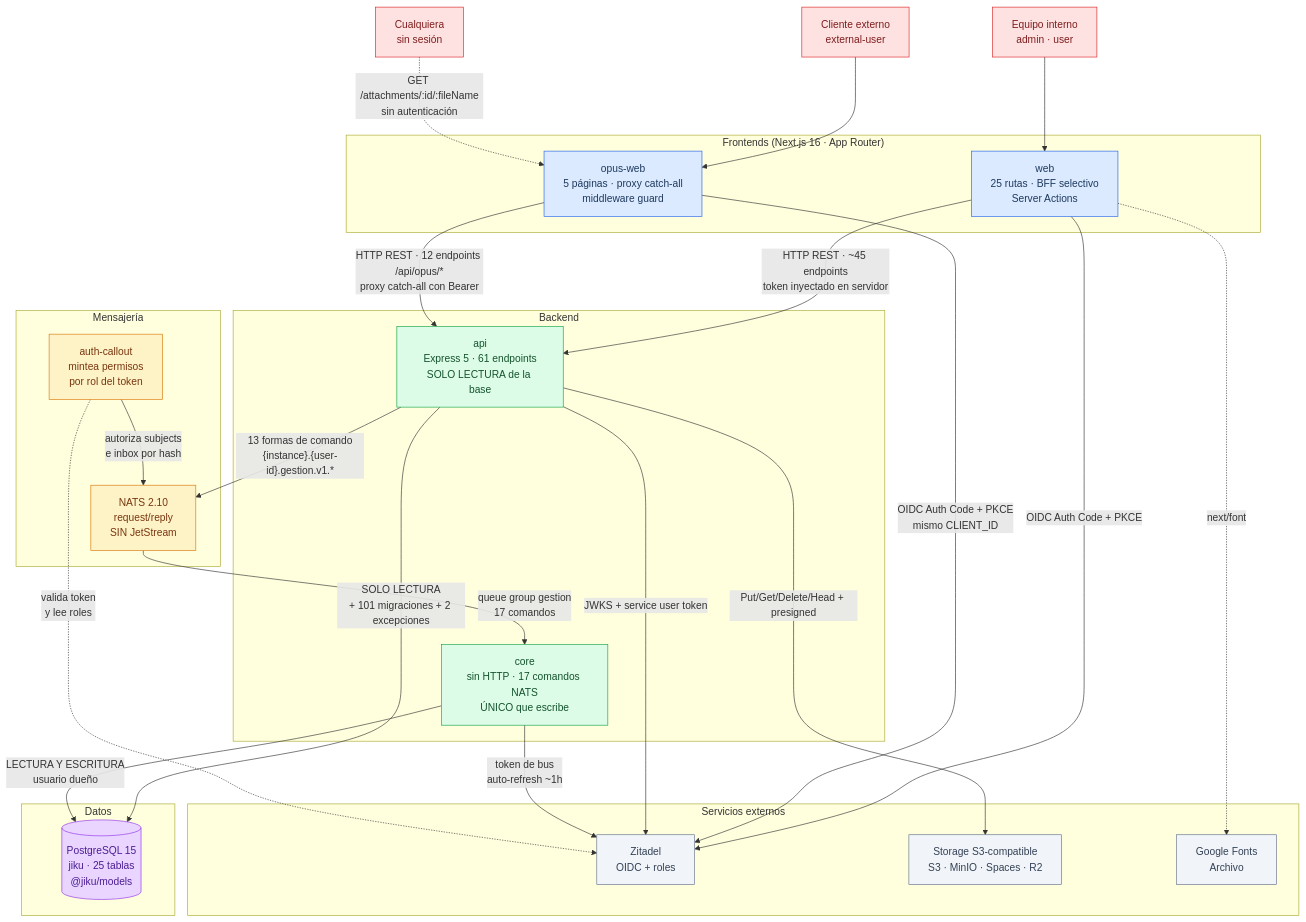
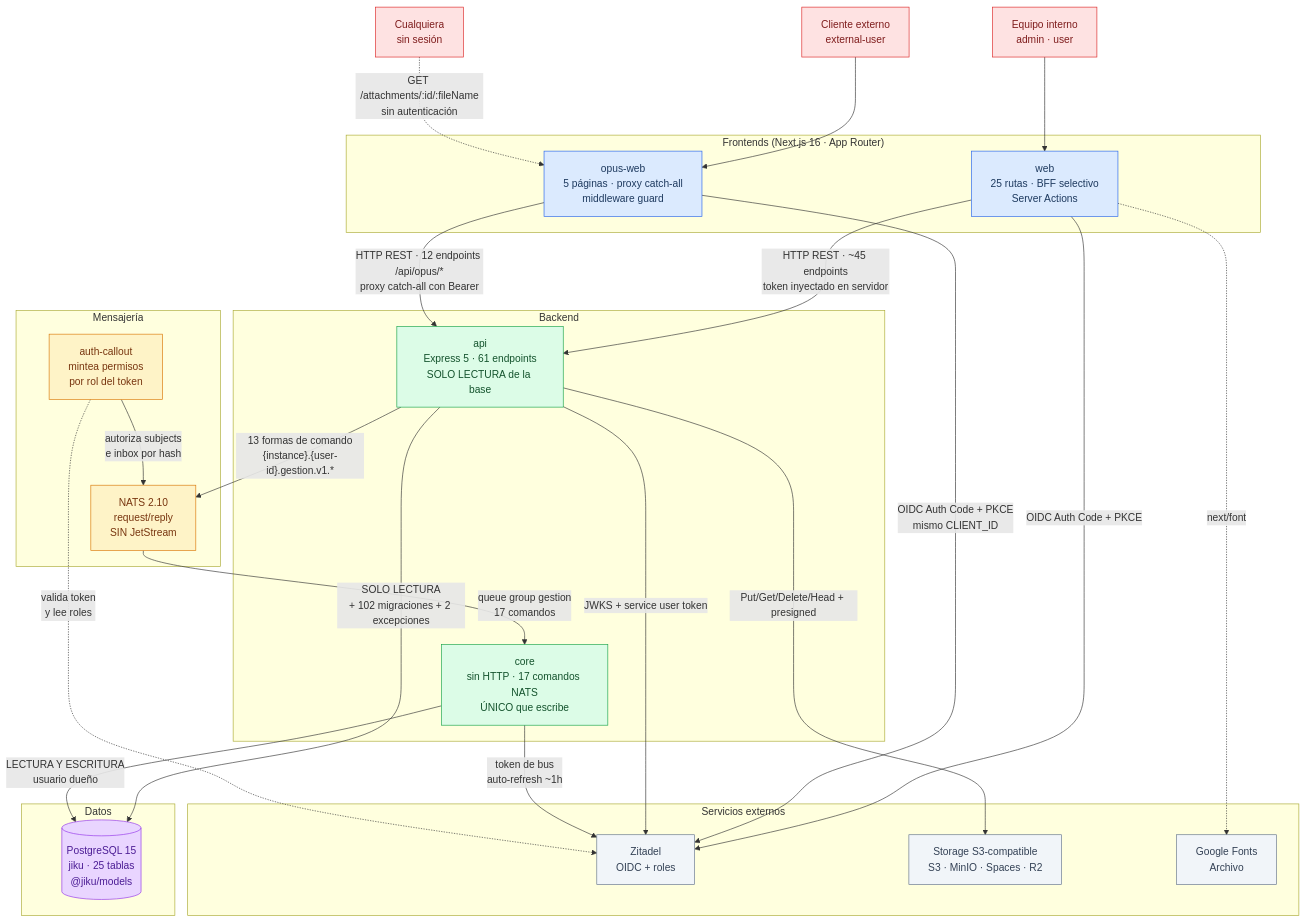
One commit to gravadigital/jiku changed the diagram in docs/prd/architecture.md. Above: the diagram before and after it, drawn with Mermaid. The commit also changed other lines of this file and 20 other files, not shown here.

````diff
--- a/docs/prd/architecture.md
+++ b/docs/prd/architecture.md
@@ -64,67 +64,67 @@
 ```mermaid
 graph TB
     Interno[Equipo interno<br/>admin · user]
     Cliente[Cliente externo<br/>external-user]
     Anon[Cualquiera<br/>sin sesión]
 
     subgraph FE["Frontends (Next.js 16 · App Router)"]
         Web["web<br/>25 rutas · BFF selectivo<br/>Server Actions"]
         Opus["opus-web<br/>5 páginas · proxy catch-all<br/>middleware guard"]
     end
 
     subgraph BE["Backend"]
         Api["api<br/>Express 5 · 61 endpoints<br/>SOLO LECTURA de la base"]
         Core["core<br/>sin HTTP · 17 comandos NATS<br/>ÚNICO que escribe"]
     end
 
     subgraph Bus["Mensajería"]
         Nats["NATS 2.10<br/>request/reply<br/>SIN JetStream"]
         Callout["auth-callout<br/>mintea permisos<br/>por rol del token"]
     end
 
     subgraph Data["Datos"]
         PG[("PostgreSQL 15<br/>jiku · 25 tablas<br/>@jiku/models")]
     end
 
     subgraph Ext["Servicios externos"]
         Zitadel["Zitadel<br/>OIDC + roles"]
         S3["Storage S3-compatible<br/>S3 · MinIO · Spaces · R2"]
         GFonts["Google Fonts<br/>Archivo"]
     end
 
     Interno --> Web
     Cliente --> Opus
     Anon -.->|"GET /attachments/:id/:fileName<br/>sin autenticación"| Opus
 
     Web -->|"HTTP REST · ~45 endpoints<br/>token inyectado en servidor"| Api
     Opus -->|"HTTP REST · 12 endpoints /api/opus/*<br/>proxy catch-all con Bearer"| Api
 
     Web -->|"OIDC Auth Code + PKCE"| Zitadel
     Opus -->|"OIDC Auth Code + PKCE<br/>mismo CLIENT_ID"| Zitadel
     Web -.->|"next/font"| GFonts
 
-    Api -->|"SOLO LECTURA<br/>+ 101 migraciones + 2 excepciones"| PG
+    Api -->|"SOLO LECTURA<br/>+ 102 migraciones + 2 excepciones"| PG
     Api -->|"13 formas de comando<br/>{instance}.{user-id}.gestion.v1.*"| Nats
     Api -->|"JWKS + service user token"| Zitadel
     Api -->|"Put/Get/Delete/Head + presigned"| S3
 
     Nats -->|"queue group gestion<br/>17 comandos"| Core
     Core -->|"LECTURA Y ESCRITURA<br/>usuario dueño"| PG
     Core -->|"token de bus<br/>auto-refresh ~1h"| Zitadel
     Callout -->|"autoriza subjects<br/>e inbox por hash"| Nats
     Callout -.->|"valida token<br/>y lee roles"| Zitadel
 
     classDef fe fill:#dbeafe,stroke:#2563eb,color:#1e3a5f
     classDef be fill:#dcfce7,stroke:#16a34a,color:#14532d
     classDef bus fill:#fef3c7,stroke:#d97706,color:#78350f
     classDef data fill:#e9d5ff,stroke:#9333ea,color:#4c1d95
     classDef ext fill:#f1f5f9,stroke:#64748b,color:#334155
     classDef actor fill:#fee2e2,stroke:#dc2626,color:#7f1d1d
 
     class Web,Opus fe
     class Api,Core be
     class Nats,Callout bus
     class PG data
     class Zitadel,S3,GFonts ext
     class Interno,Cliente,Anon actor
 ```
````
